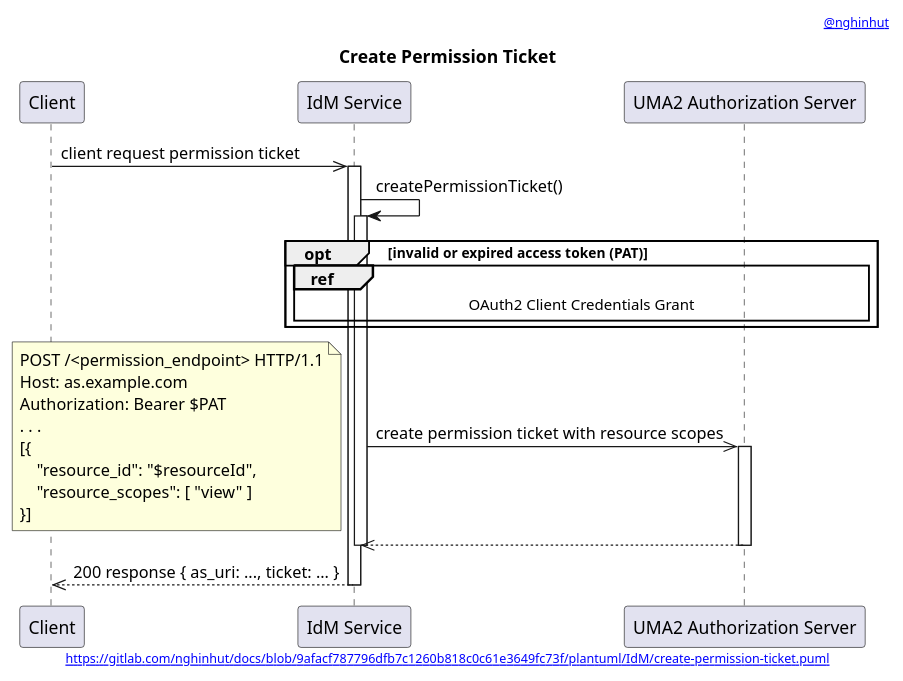
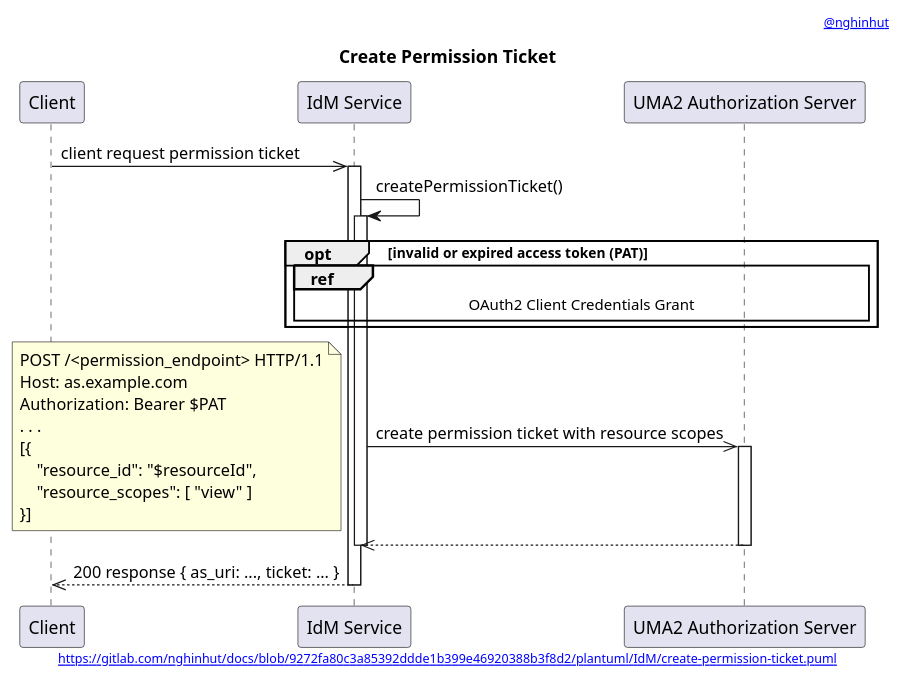
The diagram in plantuml/IdM/create-permission-ticket.function.puml (nghinhut/docs), drawn with PlantUML before and after one commit. The commit also changed 25 other files, not shown here.

```diff
--- a/plantuml/IdM/create-permission-ticket.function.puml
+++ b/plantuml/IdM/create-permission-ticket.function.puml
@@ -1,39 +1,39 @@
 @startuml
 '-----START auto generated metadata please keep comment here to allow auto update-----
 '-----DON'T EDIT THIS SECTION, INSTEAD RE-RUN prebuild.sh TO UPDATE-----
-header [[https://www.nghinhut.dev?from=http%5C%3A%5C%2F%5C%2Fwww%5C.plantuml%5C.com%5C%2Fplantuml%5C%2Fproxy%3Ffmt%3Dsvg%5C%26src%3Dhttps%5C%3A%5C%2F%5C%2Fgitlab%5C.com%5C%2Fnghinhut%5C%2Fdocs%5C%2Fraw%5C%2F9afacf787796dfb7c1260b818c0c61e3649fc73f%5C%2Fplantuml%5C%2FIdM%5C%2Fcreate-permission-ticket%5C.puml%0A @nghinhut]]
-footer [[http://www.plantuml.com/plantuml/proxy?fmt=svg&src=https://gitlab.com/nghinhut/docs/raw/9afacf787796dfb7c1260b818c0c61e3649fc73f/plantuml/IdM/create-permission-ticket.puml https://gitlab.com/nghinhut/docs/blob/9afacf787796dfb7c1260b818c0c61e3649fc73f/plantuml/IdM/create-permission-ticket.puml]]
+header [[https://www.nghinhut.dev?from=http%5C%3A%5C%2F%5C%2Fwww%5C.plantuml%5C.com%5C%2Fplantuml%5C%2Fproxy%3Ffmt%3Dsvg%5C%26src%3Dhttps%5C%3A%5C%2F%5C%2Fgitlab%5C.com%5C%2Fnghinhut%5C%2Fdocs%5C%2Fraw%5C%2F9272fa80c3a85392ddde1b399e46920388b3f8d2%5C%2Fplantuml%5C%2FIdM%5C%2Fcreate-permission-ticket%5C.puml%0A @nghinhut]]
+footer [[http://www.plantuml.com/plantuml/proxy?fmt=svg&src=https://gitlab.com/nghinhut/docs/raw/9272fa80c3a85392ddde1b399e46920388b3f8d2/plantuml/IdM/create-permission-ticket.puml https://gitlab.com/nghinhut/docs/blob/9272fa80c3a85392ddde1b399e46920388b3f8d2/plantuml/IdM/create-permission-ticket.puml]]
 '-----END auto generated metadata please keep comment here to allow auto update-----
 title Create Permission Ticket
 
 participant "Client" as client
 participant "IdM Service" as idm
 participant "UMA2 Authorization Server" as as
 
 client ->> idm : client request permission ticket
 activate idm
     idm -> idm : createPermissionTicket()
     activate idm
         opt invalid or expired access token (PAT)
             ref over idm, as
                 OAuth2 Client Credentials Grant
             end
         end
         idm ->> as : create permission ticket with resource scopes
         note left
             POST /<permission_endpoint> HTTP/1.1
             Host: as.example.com
             Authorization: Bearer $PAT
             . . .
             [{
                 "resource_id": "$resourceId",
                 "resource_scopes": [ "view" ]
             }]
         end note
         activate as
         idm <<-- as
         deactivate as
     deactivate idm
     client <<-- idm : 200 response { as_uri: ..., ticket: ... }
 deactivate idm
 @enduml
```
